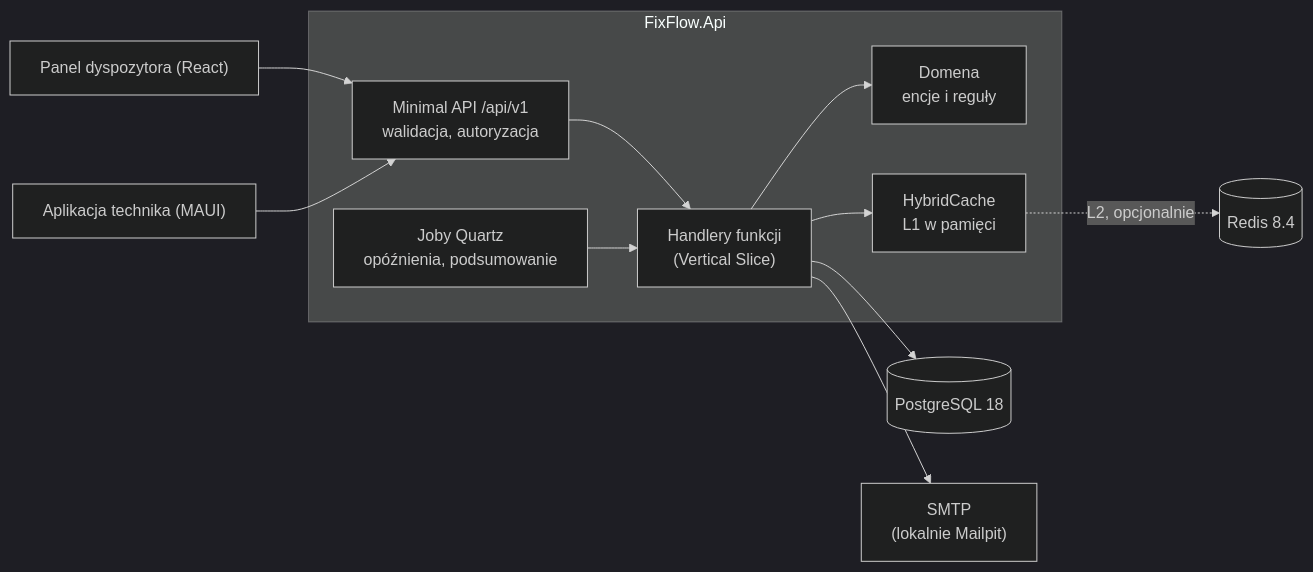
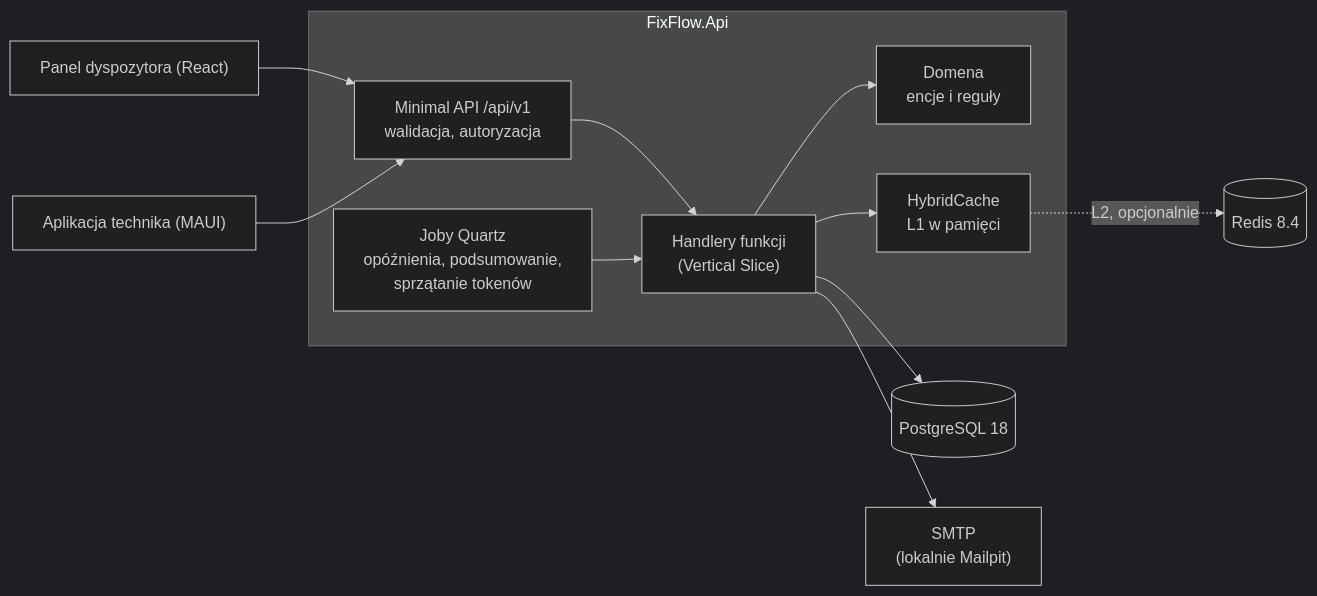
The first of 2 diagrams in README.md (mpalus-git/FixFlow.Api), drawn with Mermaid (dark theme) before and after one commit. The commit also changed other lines of this file and 5 other files, not shown here.

Commit message:
feat(joby): dodano job usuwający wygasłe rodziny refresh tokenów

````diff
--- a/README.md
+++ b/README.md
@@ -20,16 +20,16 @@
 ```mermaid
 flowchart LR
     web["Panel dyspozytora (React)"] --> endpoints
     mobile["Aplikacja technika (MAUI)"] --> endpoints
 
     subgraph api["FixFlow.Api"]
         endpoints["Minimal API /api/v1<br/>walidacja, autoryzacja"] --> handlers["Handlery funkcji<br/>(Vertical Slice)"]
-        jobs["Joby Quartz<br/>opóźnienia, podsumowanie"] --> handlers
+        jobs["Joby Quartz<br/>opóźnienia, podsumowanie,<br/>sprzątanie tokenów"] --> handlers
         handlers --> domain["Domena<br/>encje i reguły"]
         handlers --> cache["HybridCache<br/>L1 w pamięci"]
     end
 
     handlers --> postgres[("PostgreSQL 18")]
     cache -. "L2, opcjonalnie" .-> redis[("Redis 8.4")]
     handlers --> smtp["SMTP<br/>(lokalnie Mailpit)"]
 ```
````
